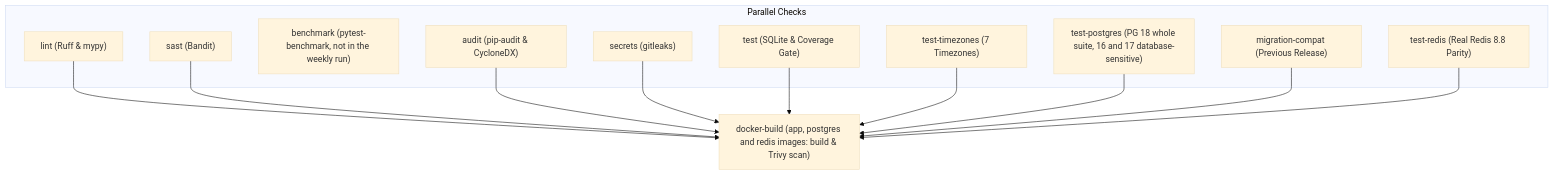
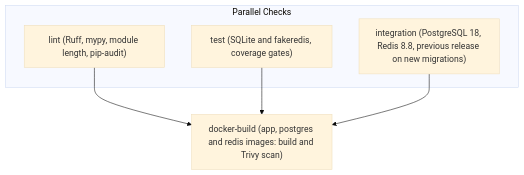
Before and after one commit to nadeko0/fastapi_e-commerce_backend: the second of 2 diagrams in docs/TESTING.md, drawn with Mermaid (base theme). The commit also changed other lines of this file and 25 other files, not shown here.

````diff
--- a/docs/TESTING.md
+++ b/docs/TESTING.md
@@ -25,24 +25,11 @@
 ```mermaid
 flowchart TD
     subgraph Parallel Checks
-        lint["lint (Ruff & mypy)"]
-        sast["sast (Bandit)"]
-        benchmark["benchmark (pytest-benchmark, not in the weekly run)"]
-        audit["audit (pip-audit & CycloneDX)"]
-        secrets["secrets (gitleaks)"]
-        test["test (SQLite & Coverage Gate)"]
-        test_tz["test-timezones (7 Timezones)"]
-        test_pg["test-postgres (PG 18 whole suite, 16 and 17 database-sensitive)"]
-        migration_compat["migration-compat (Previous Release)"]
-        test_redis["test-redis (Real Redis 8.8 Parity)"]
+        lint["lint (Ruff, mypy, module length, pip-audit)"]
+        test["test (SQLite and fakeredis, coverage gates)"]
+        integration["integration (PostgreSQL 18, Redis 8.8, previous release on new migrations)"]
     end
-    lint --> docker_build["docker-build (app, postgres and redis images: build & Trivy scan)"]
-    sast --> docker_build
-    audit --> docker_build
-    secrets --> docker_build
+    lint --> docker_build["docker-build (app, postgres and redis images: build and Trivy scan)"]
     test --> docker_build
-    test_tz --> docker_build
-    test_pg --> docker_build
-    migration_compat --> docker_build
-    test_redis --> docker_build
+    integration --> docker_build
 ```
````
